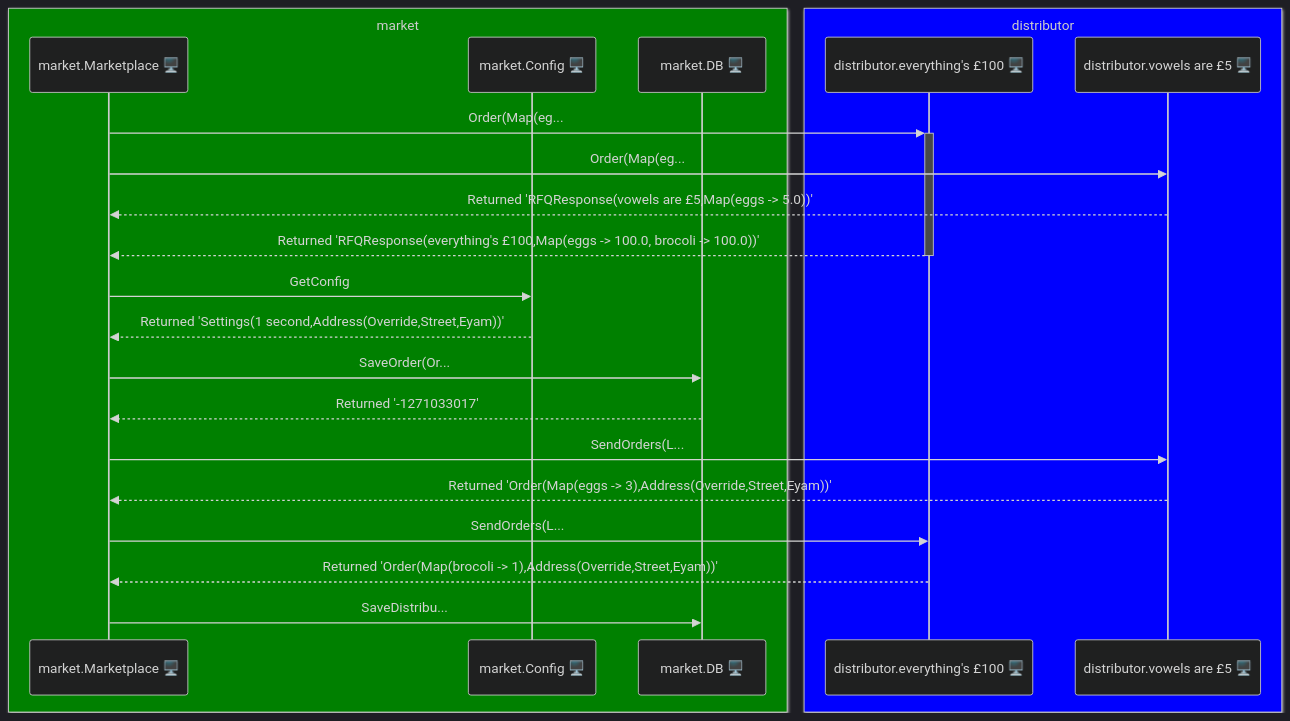
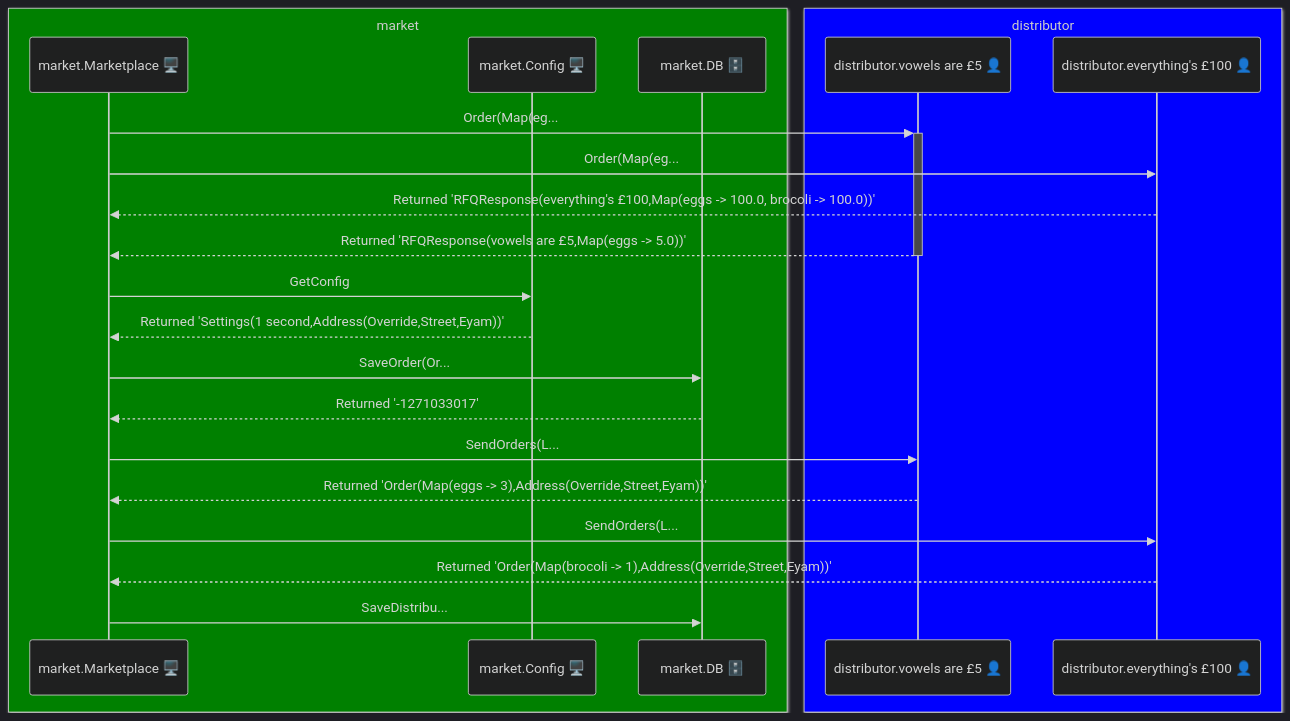
One commit to aaronp/counterparty changed the second of 2 diagrams in docs/scenarios.md. Above: the diagram before and after it, drawn with Mermaid. The commit also changed 9 other files, not shown here.

````diff
--- a/docs/scenarios.md
+++ b/docs/scenarios.md
@@ -53,27 +53,27 @@
 ```mermaid
 %%{init: {"theme": "dark", 
 "themeVariables": {"primaryTextColor": "grey", "secondaryTextColor": "black", "fontFamily": "Arial", "fontSize": 14, "primaryColor": "#3498db"}}}%%
 sequenceDiagram
 	box green market
 	participant market.Marketplace 🖥️
 	participant market.Config 🖥️
-	participant market.DB 🖥️
+	participant market.DB 🗄️
 	end
 	box blue distributor
-	participant distributor.everything's £100 🖥️
-	participant distributor.vowels are £5 🖥️
+	participant distributor.vowels are £5 👤
+	participant distributor.everything's £100 👤
 	end
-	market.Marketplace 🖥️ ->>+ distributor.everything's £100 🖥️ : Order(Map(eg...
-	market.Marketplace 🖥️ ->> distributor.vowels are £5 🖥️ : Order(Map(eg...
-	distributor.vowels are £5 🖥️ -->> market.Marketplace 🖥️ : Returned 'RFQResponse(vowels are £5,Map(eggs -> 5.0))'
-	distributor.everything's £100 🖥️ -->>- market.Marketplace 🖥️ : Returned 'RFQResponse(everything's £100,Map(eggs -> 100.0, brocoli -> 100.0))'
+	market.Marketplace 🖥️ ->>+ distributor.vowels are £5 👤 : Order(Map(eg...
+	market.Marketplace 🖥️ ->> distributor.everything's £100 👤 : Order(Map(eg...
+	distributor.everything's £100 👤 -->> market.Marketplace 🖥️ : Returned 'RFQResponse(everything's £100,Map(eggs -> 100.0, brocoli -> 100.0))'
+	distributor.vowels are £5 👤 -->>- market.Marketplace 🖥️ : Returned 'RFQResponse(vowels are £5,Map(eggs -> 5.0))'
 	market.Marketplace 🖥️ ->> market.Config 🖥️ : GetConfig
 	market.Config 🖥️ -->> market.Marketplace 🖥️ : Returned 'Settings(1 second,Address(Override,Street,Eyam))'
-	market.Marketplace 🖥️ ->> market.DB 🖥️ : SaveOrder(Or...
-	market.DB 🖥️ -->> market.Marketplace 🖥️ : Returned '-1271033017'
-	market.Marketplace 🖥️ ->> distributor.vowels are £5 🖥️ : SendOrders(L...
-	distributor.vowels are £5 🖥️ -->> market.Marketplace 🖥️ : Returned 'Order(Map(eggs -> 3),Address(Override,Street,Eyam))'
-	market.Marketplace 🖥️ ->> distributor.everything's £100 🖥️ : SendOrders(L...
-	distributor.everything's £100 🖥️ -->> market.Marketplace 🖥️ : Returned 'Order(Map(brocoli -> 1),Address(Override,Street,Eyam))'
-	market.Marketplace 🖥️ ->> market.DB 🖥️ : SaveDistribu...
+	market.Marketplace 🖥️ ->> market.DB 🗄️ : SaveOrder(Or...
+	market.DB 🗄️ -->> market.Marketplace 🖥️ : Returned '-1271033017'
+	market.Marketplace 🖥️ ->> distributor.vowels are £5 👤 : SendOrders(L...
+	distributor.vowels are £5 👤 -->> market.Marketplace 🖥️ : Returned 'Order(Map(eggs -> 3),Address(Override,Street,Eyam))'
+	market.Marketplace 🖥️ ->> distributor.everything's £100 👤 : SendOrders(L...
+	distributor.everything's £100 👤 -->> market.Marketplace 🖥️ : Returned 'Order(Map(brocoli -> 1),Address(Override,Street,Eyam))'
+	market.Marketplace 🖥️ ->> market.DB 🗄️ : SaveDistribu...
 ```
````
